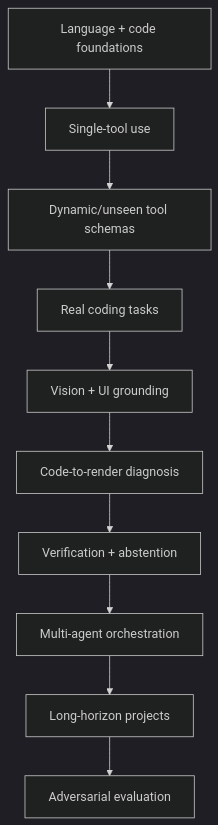
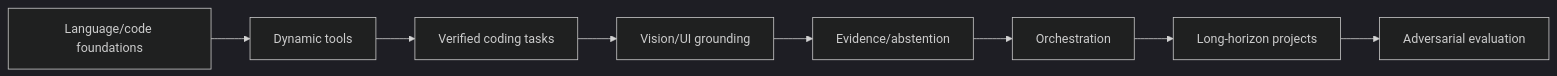
One commit to ORCHORDS-LCC/OAI-2.0 changed the diagram in docs/agent-architecture/TRAINING_AND_EVALUATION.md. Above: the diagram before and after it, drawn with Mermaid (dark theme). The commit also changed other lines of this file and 23 other files, not shown here.

````diff
--- a/docs/agent-architecture/TRAINING_AND_EVALUATION.md
+++ b/docs/agent-architecture/TRAINING_AND_EVALUATION.md
@@ -7,12 +30,10 @@
 ```mermaid
-flowchart TD
-    B[Language + code foundations] --> T[Single-tool use]
-    T --> D[Dynamic/unseen tool schemas]
-    D --> C[Real coding tasks]
-    C --> V[Vision + UI grounding]
-    V --> X[Code-to-render diagnosis]
-    X --> R[Verification + abstention]
-    R --> M[Multi-agent orchestration]
-    M --> L[Long-horizon projects]
-    L --> A[Adversarial evaluation]
+flowchart LR
+    L[Language/code foundations] --> T[Dynamic tools]
+    T --> C[Verified coding tasks]
+    C --> V[Vision/UI grounding]
+    V --> E[Evidence/abstention]
+    E --> O[Orchestration]
+    O --> H[Long-horizon projects]
+    H --> A[Adversarial evaluation]
 ```
````
